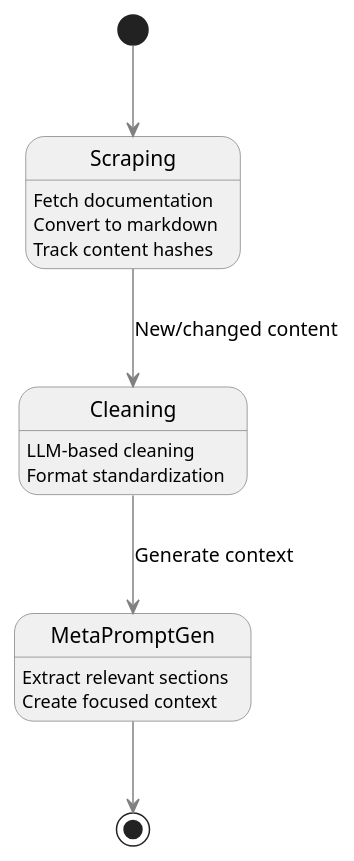
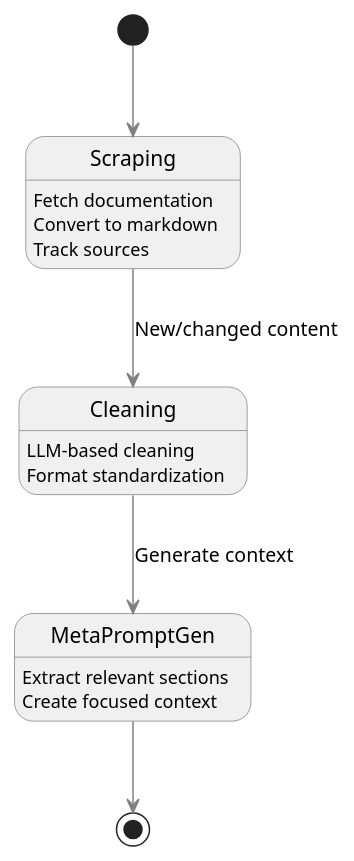
The third of 7 diagrams in specs/project.md (olafgeibig/meta-prompter), drawn with PlantUML before and after one commit. The commit also changed other lines of this file and 25 other files, not shown here.

````diff
--- a/specs/project.md
+++ b/specs/project.md
@@ -193,24 +193,24 @@
 ```plantuml
 @startuml
 skinparam backgroundColor #FFFFFF
 skinparam state {
     BackgroundColor #F0F0F0
     BorderColor #808080
     ArrowColor #808080
 }
 
 [*] --> Scraping
 Scraping : Fetch documentation
 Scraping : Convert to markdown
-Scraping : Track content hashes
+Scraping : Track sources
 
 Scraping --> Cleaning : New/changed content
 Cleaning : LLM-based cleaning
 Cleaning : Format standardization
 
 Cleaning --> MetaPromptGen : Generate context
 MetaPromptGen : Extract relevant sections
 MetaPromptGen : Create focused context
 MetaPromptGen --> [*]
 @enduml
 ```
````
